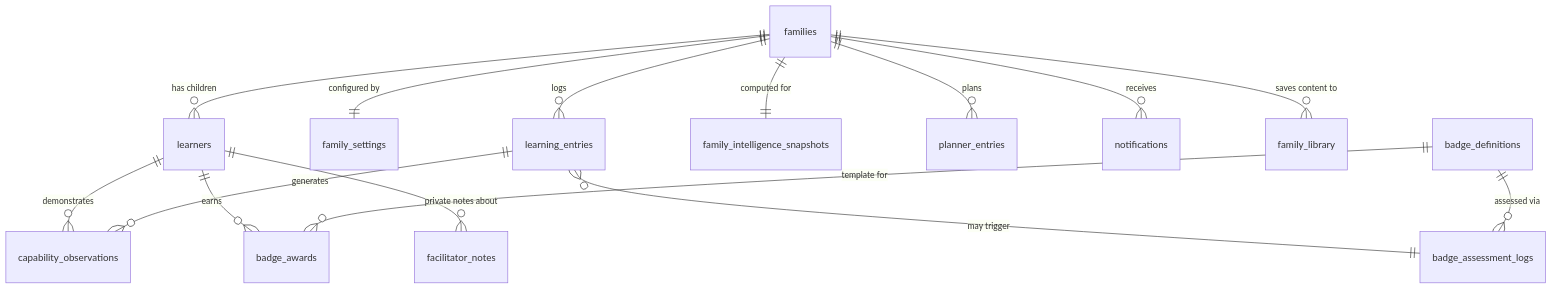
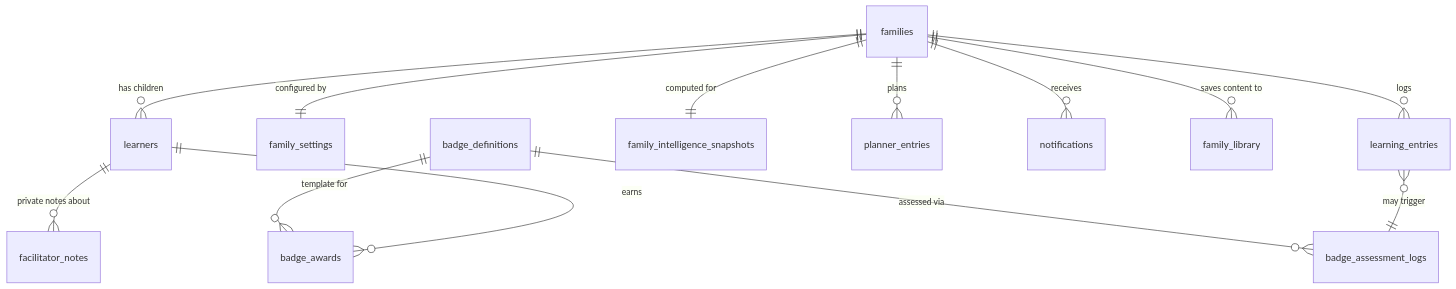
One commit to Glorptraag/hearth changed the first of 2 diagrams in docs/hearth-data-architecture-overview-v1.md. Above: the diagram before and after it, drawn with Mermaid. The commit also changed other lines of this file and 8 other files, not shown here.

First line of the commit message:
docs: refresh architecture, API/schema refs, component registry, and project status

````diff
--- a/docs/hearth-data-architecture-overview-v1.md
+++ b/docs/hearth-data-architecture-overview-v1.md
@@ -11,20 +11,18 @@
 ```mermaid
 erDiagram
     families ||--o{ learners : "has children"
     families ||--|| family_settings : "configured by"
     families ||--o{ learning_entries : "logs"
     families ||--|| family_intelligence_snapshots : "computed for"
     families ||--o{ planner_entries : "plans"
     families ||--o{ notifications : "receives"
     families ||--o{ family_library : "saves content to"
 
-    learners ||--o{ capability_observations : "demonstrates"
     learners ||--o{ badge_awards : "earns"
     learners ||--o{ facilitator_notes : "private notes about"
 
-    learning_entries ||--o{ capability_observations : "generates"
     learning_entries }o--|| badge_assessment_logs : "may trigger"
 
     badge_definitions ||--o{ badge_awards : "template for"
     badge_definitions ||--o{ badge_assessment_logs : "assessed via"
 ```
````
